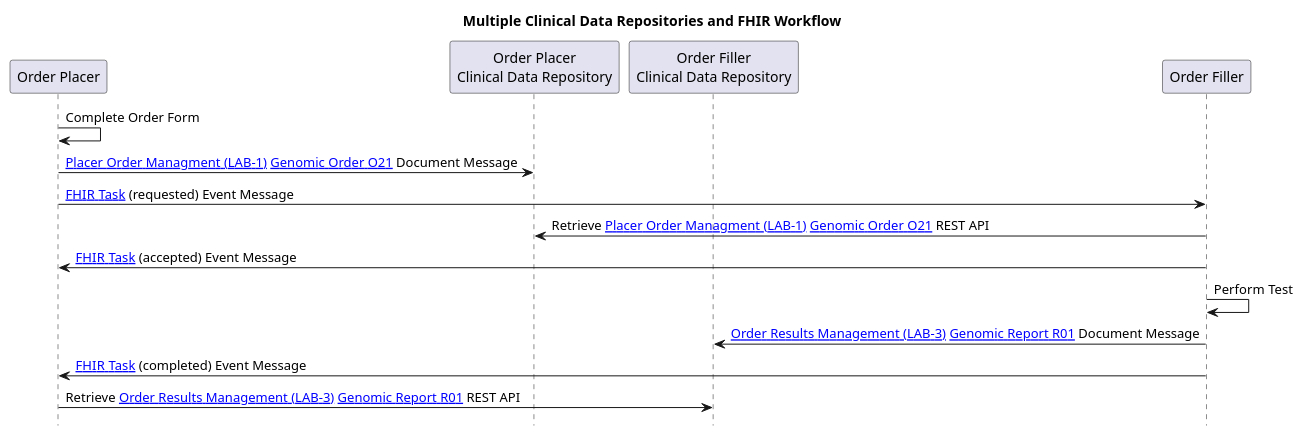
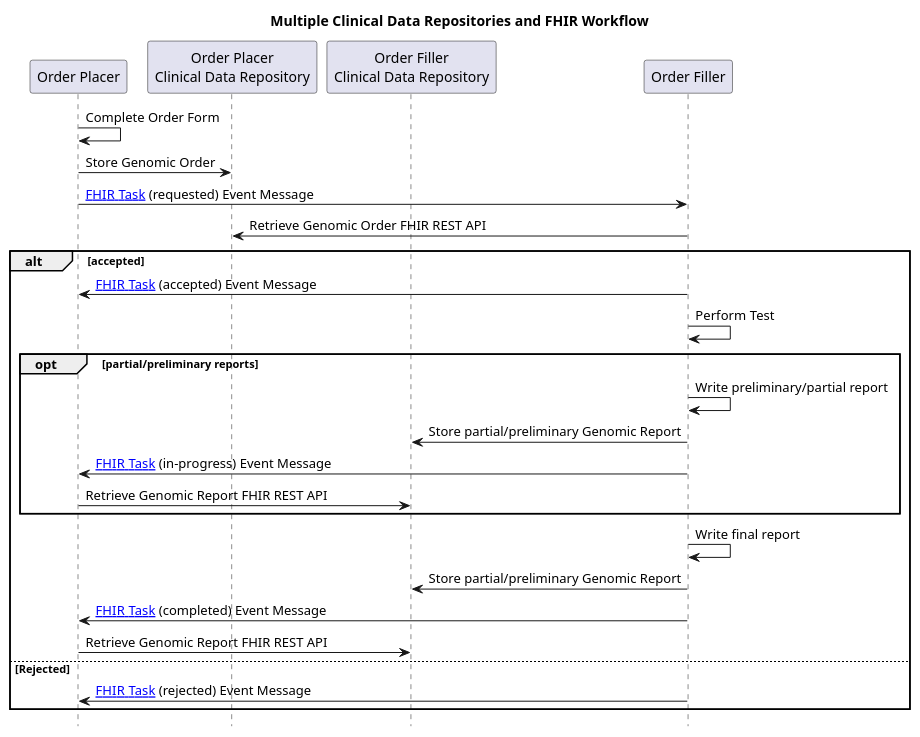
The diagram in input/images-source/LTW-fhir-sequence.plantuml (nw-gmsa/nw-gmsa.github.com), drawn with PlantUML before and after one commit. The commit also changed 3 other files, not shown here.

```diff
--- a/input/images-source/LTW-fhir-sequence.plantuml
+++ b/input/images-source/LTW-fhir-sequence.plantuml
@@ -1,28 +1,40 @@
 @startuml
 
 skinparam svgDimensionStyle false
 
 title "Multiple Clinical Data Repositories and FHIR Workflow"
 
 hide footbox
 
 participant "Order Placer" as EPR
 participant "Order Placer\nClinical Data Repository" as CDRO
 participant "Order Filler\nClinical Data Repository" as CDRF
 participant "Order Filler" as LIMS
 
 
 EPR -> EPR: Complete Order Form
-EPR -> CDRO: [[LAB-1.html Placer Order Managment (LAB-1)]] [[DDD-TestOrder.html Genomic Order O21]] Document Message
+EPR -> CDRO: Store Genomic Order
 EPR -> LIMS: [[StructureDefinition-Task.html FHIR Task]] (requested) Event Message
-LIMS -> CDRO: Retrieve [[LAB-1.html Placer Order Managment (LAB-1)]] [[DDD-TestOrder.html Genomic Order O21]] REST API
+LIMS -> CDRO: Retrieve Genomic Order FHIR REST API
+
+alt accepted
 LIMS -> EPR: [[StructureDefinition-Task.html FHIR Task]] (accepted) Event Message
 
+LIMS -> LIMS: Perform Test
+opt partial/preliminary reports
+LIMS -> LIMS: Write preliminary/partial report
 
-LIMS -> LIMS: Perform Test
+LIMS -> CDRF: Store partial/preliminary Genomic Report
+LIMS -> EPR: [[StructureDefinition-Task.html FHIR Task]] (in-progress) Event Message
+EPR -> CDRF: Retrieve Genomic Report FHIR REST API
+end
+LIMS -> LIMS: Write final report
 
-LIMS -> CDRF: [[LAB-3.html Order Results Management (LAB-3)]] [[DDD-TestReport.html Genomic Report R01]] Document Message
+LIMS -> CDRF: Store partial/preliminary Genomic Report
 LIMS -> EPR: [[StructureDefinition-Task.html FHIR Task]] (completed) Event Message
-EPR -> CDRF: Retrieve [[LAB-3.html Order Results Management (LAB-3)]] [[DDD-TestReport.html Genomic Report R01]] REST API
+EPR -> CDRF: Retrieve Genomic Report FHIR REST API
 
+else Rejected
+LIMS -> EPR: [[StructureDefinition-Task.html FHIR Task]] (rejected) Event Message
+end
 @enduml
```
